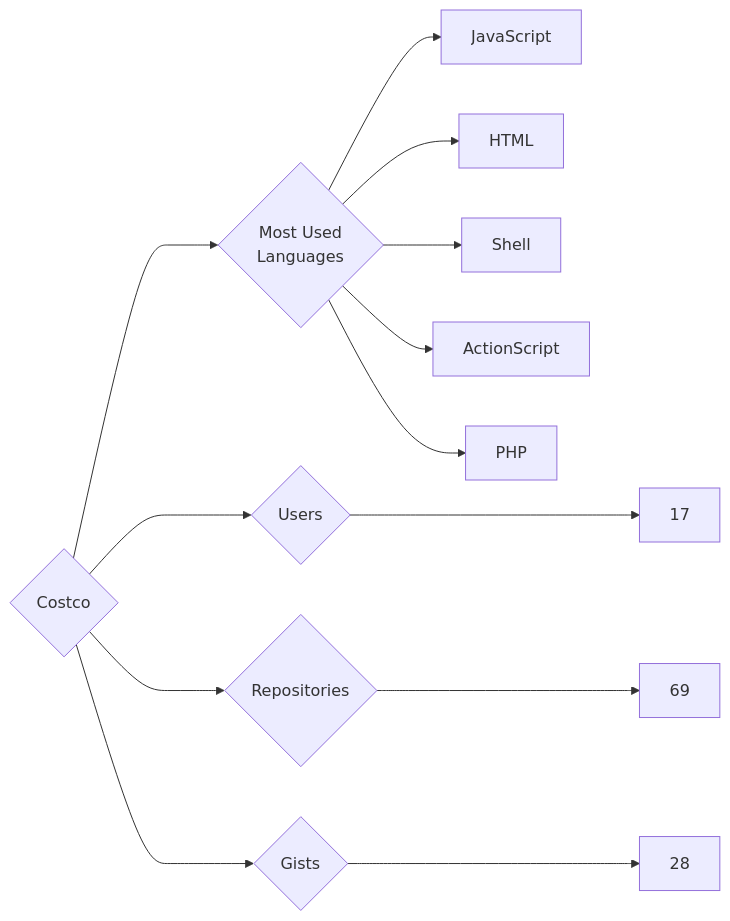
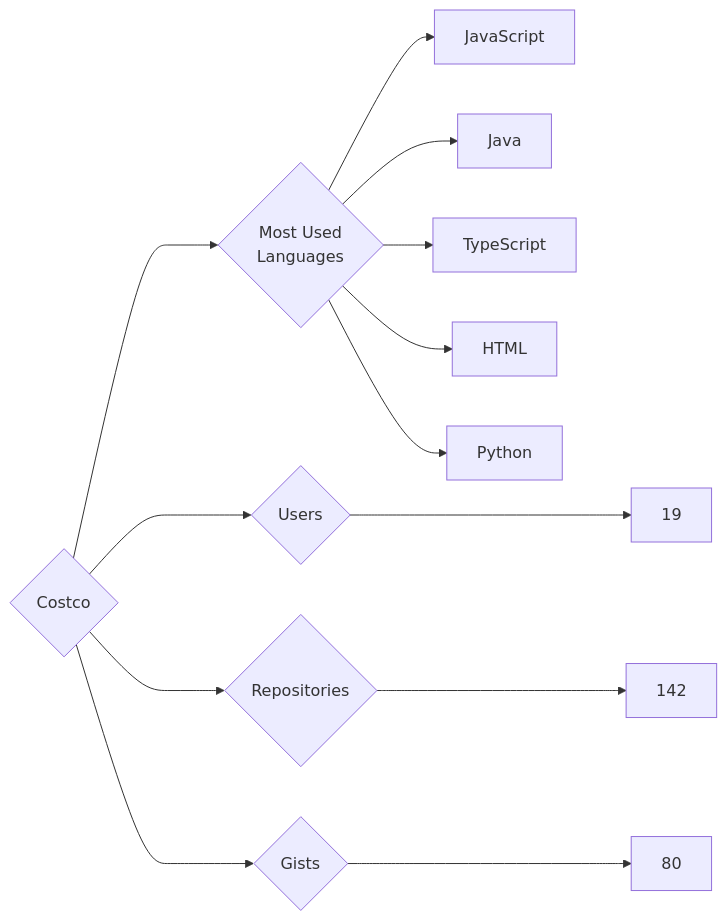
Before and after one commit to trickest/insiders: the diagram in targets/Costco/README.md, drawn with Mermaid. The commit also changed 681 other files, not shown here.

````diff
--- a/targets/Costco/README.md
+++ b/targets/Costco/README.md
@@ -3,13 +3,13 @@
 ```mermaid
 graph LR
 COMPANY_NAME{Costco}
-COMPANY_NAME ---> U{Users} ---> UN[17]
-COMPANY_NAME ---> R{Repositories} ---> RN[69]
-COMPANY_NAME ---> G{Gists} ---> GN[28]
+COMPANY_NAME ---> U{Users} ---> UN[19]
+COMPANY_NAME ---> R{Repositories} ---> RN[142]
+COMPANY_NAME ---> G{Gists} ---> GN[80]
 COMPANY_NAME ---> ML{Most Used<br>Languages}
 ML --> JavaScript[JavaScript]
+ML --> Java[Java]
+ML --> TypeScript[TypeScript]
 ML --> HTML[HTML]
-ML --> Shell[Shell]
-ML --> ActionScript[ActionScript]
-ML --> PHP[PHP]
+ML --> Python[Python]
 ```
````
